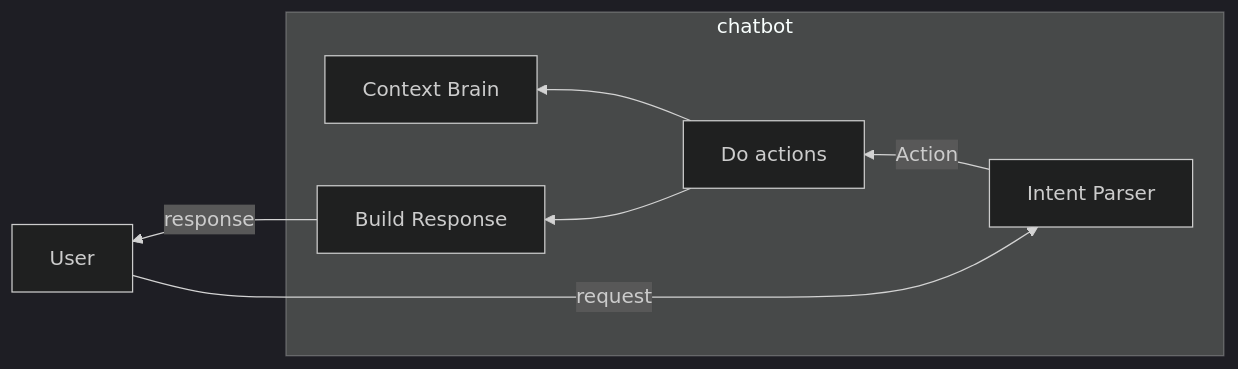
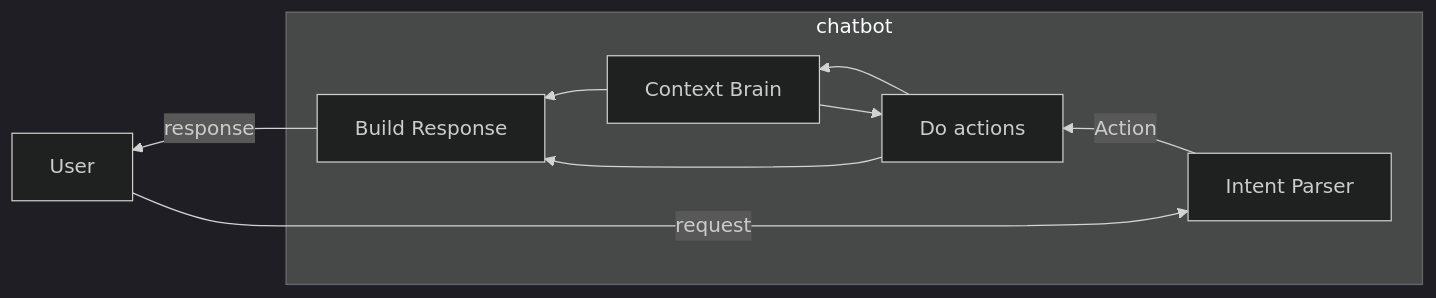
One commit to gasolin/blog changed the sixth of 6 diagrams in source/_posts/how-bot-works.md. Above: the diagram before and after it, drawn with Mermaid (dark theme).

Commit message:
correct contexture graph

```diff
--- a/source/_posts/how-bot-works.md
+++ b/source/_posts/how-bot-works.md
@@ -131,10 +131,12 @@
 {% mermaid %}
 graph RL
 subgraph chatbot
 Parser -- Action --> Processor[Do actions]
 Processor --> contexture[Context Brain]
+contexture --> Processor
+contexture --> Responder
 Processor --> Responder[Build Response]
 end
 User -- request --> Parser[Intent Parser]
 Responder -- response --> User
 {% endmermaid %}
```
